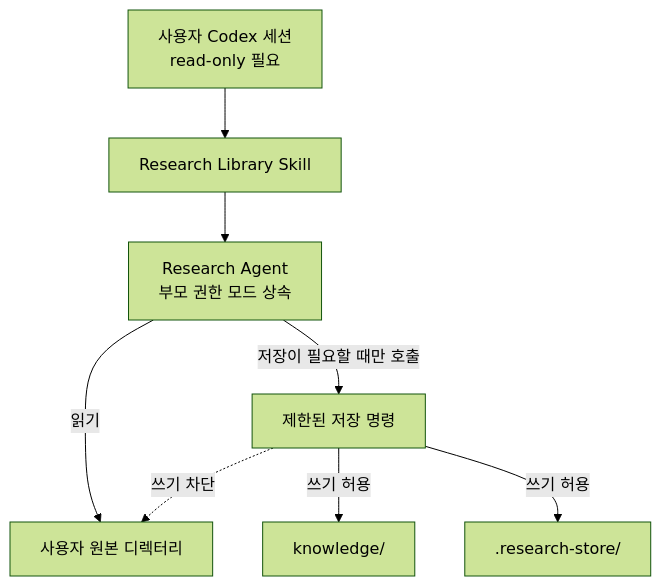
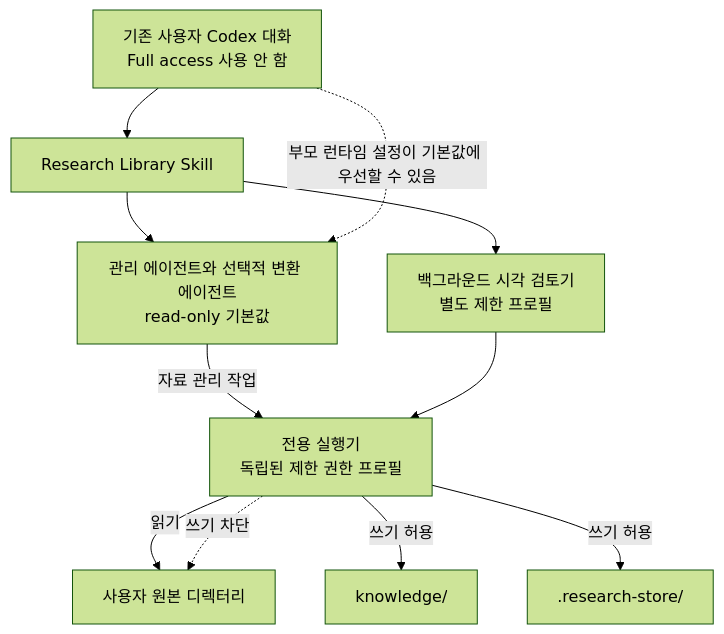
The first of 10 diagrams in docs/technical/README.md (LWH4Data/research-agent), drawn with Mermaid (forest theme) before and after one commit. The commit also changed other lines of this file and 69 other files, not shown here.

````diff
--- a/docs/technical/README.md
+++ b/docs/technical/README.md
@@ -31,10 +45,13 @@
 ```mermaid
 flowchart TD
-    U[사용자 Codex 세션<br/>read-only 필요] --> S[Research Library Skill]
-    S --> A[Research Agent<br/>부모 권한 모드 상속]
-    A -->|읽기| P[사용자 원본 디렉터리]
-    A -->|저장이 필요할 때만 호출| L[제한된 저장 명령]
+    U[기존 사용자 Codex 대화<br/>Full access 사용 안 함] --> S[Research Library Skill]
+    S --> A[관리 에이전트와 선택적 변환 에이전트<br/>read-only 기본값]
+    S --> B[백그라운드 시각 검토기<br/>별도 제한 프로필]
+    U -.->|부모 런타임 설정이 기본값에 우선할 수 있음| A
+    A -->|자료 관리 작업| L[전용 실행기<br/>독립된 제한 권한 프로필]
+    B --> L
+    L -->|읽기| P[사용자 원본 디렉터리]
     L -->|쓰기 허용| K[knowledge/]
     L -->|쓰기 허용| D[.research-store/]
     L -.->|쓰기 차단| P
 ```
````
